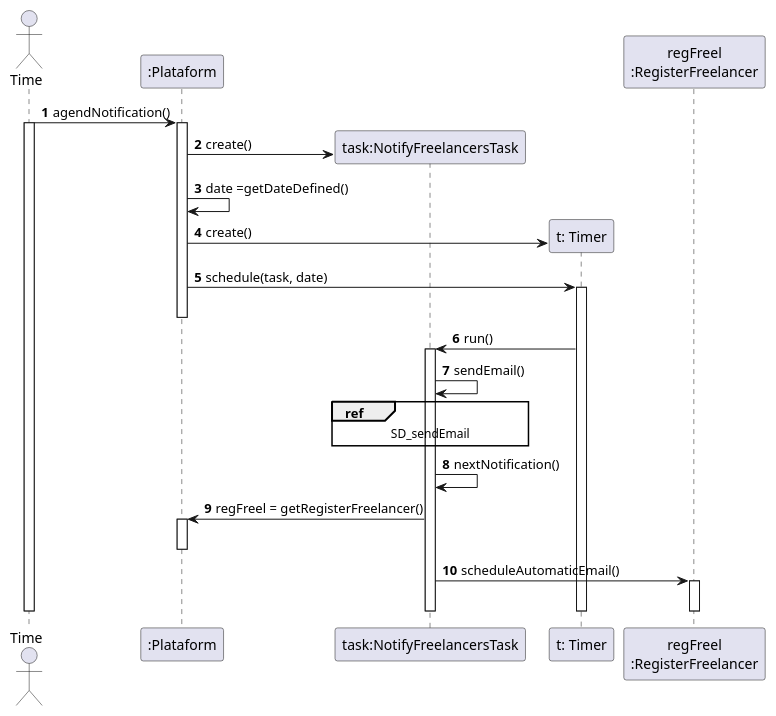
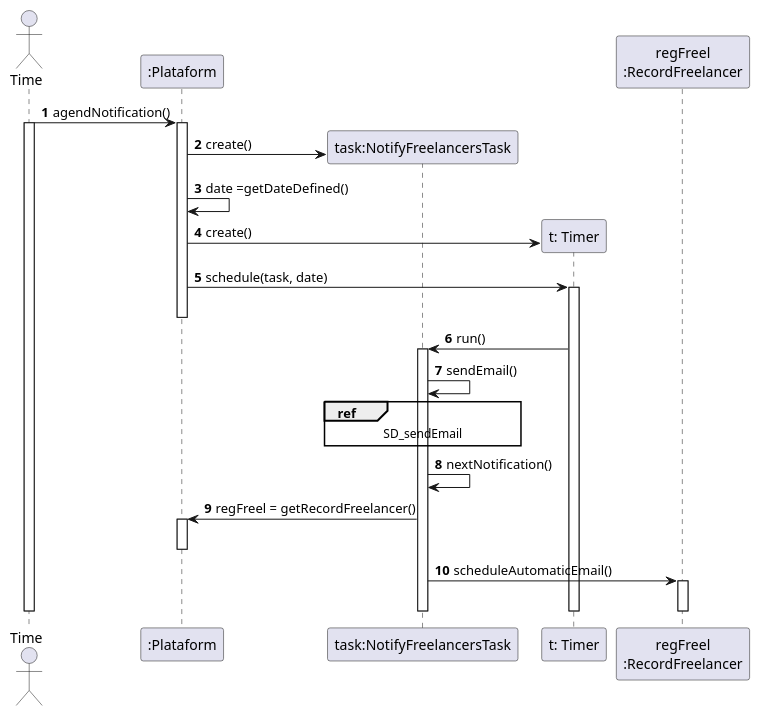
The diagram in docs/UC10 - Notify delayed freelancers (automatically)/UC10_SD1.puml (pedrolemos4/LAPR2), drawn with PlantUML before and after one commit. The commit also changed 6 other files, not shown here.

```diff
--- a/docs/UC10 - Notify delayed freelancers (automatically)/UC10_SD1.puml
+++ b/docs/UC10 - Notify delayed freelancers (automatically)/UC10_SD1.puml
@@ -1,47 +1,47 @@
 @startuml
 autonumber
 
 actor "Time" as TEMPO
 
 participant ":Plataform" as PLAT
 participant "task:NotifyFreelancersTask" as SCAT
 participant "t: Timer" as TIMER
-participant "regFreel\n:RegisterFreelancer" as RFREEL
+participant "regFreel\n:RecordFreelancer" as RFREEL
 
 
 TEMPO -> PLAT : agendNotification()
 activate TEMPO
 
 activate PLAT
 PLAT -> SCAT** : create()
 PLAT -> PLAT : date =getDateDefined()
 PLAT -> TIMER** : create()
 PLAT -> TIMER : schedule(task, date)
 activate TIMER
 deactivate PLAT
 
 TIMER -> SCAT : run()
 activate SCAT
 SCAT -> SCAT : sendEmail()
 
 REF over SCAT
 SD_sendEmail
 end REF
 
 SCAT -> SCAT : nextNotification()
 
 
-SCAT -> PLAT : regFreel = getRegisterFreelancer()
+SCAT -> PLAT : regFreel = getRecordFreelancer()
 activate PLAT
 deactivate PLAT
 
 SCAT -> RFREEL : scheduleAutomaticEmail()
 activate RFREEL
 deactivate RFREEL
 
 deactivate TIMER
 deactivate SCAT
 deactivate TEMPO
 
 
 @enduml
```
